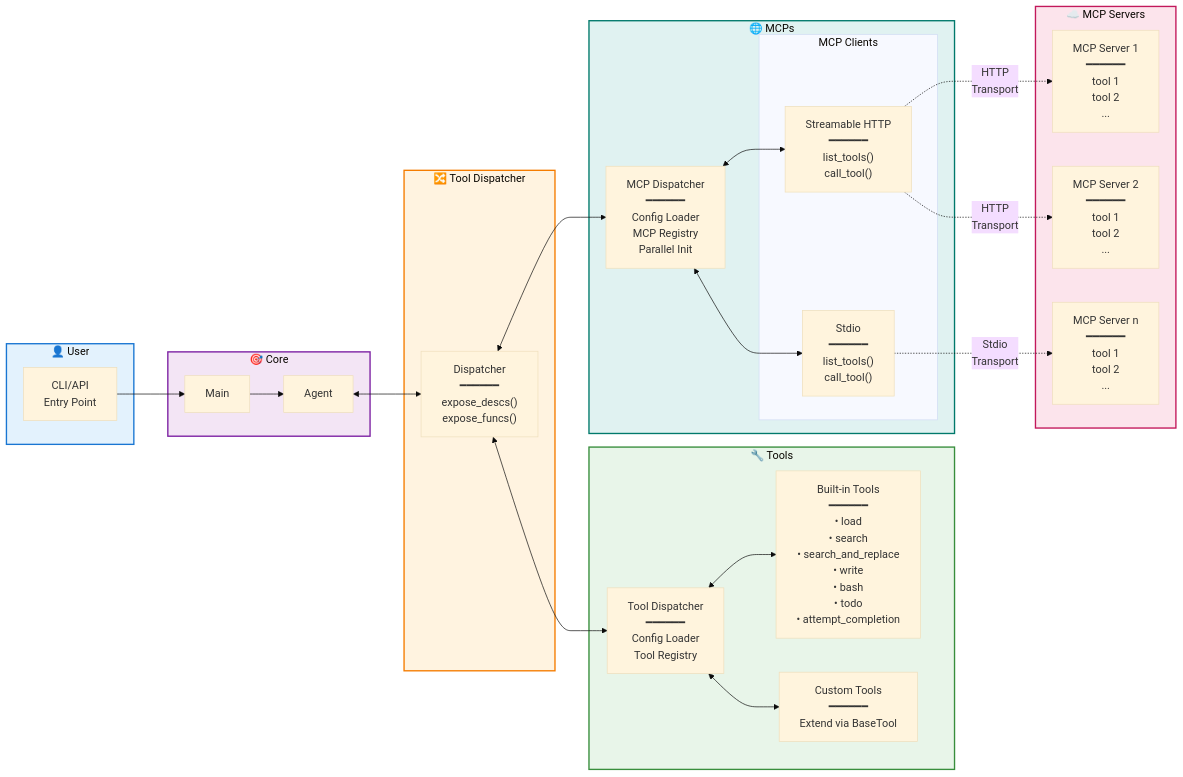
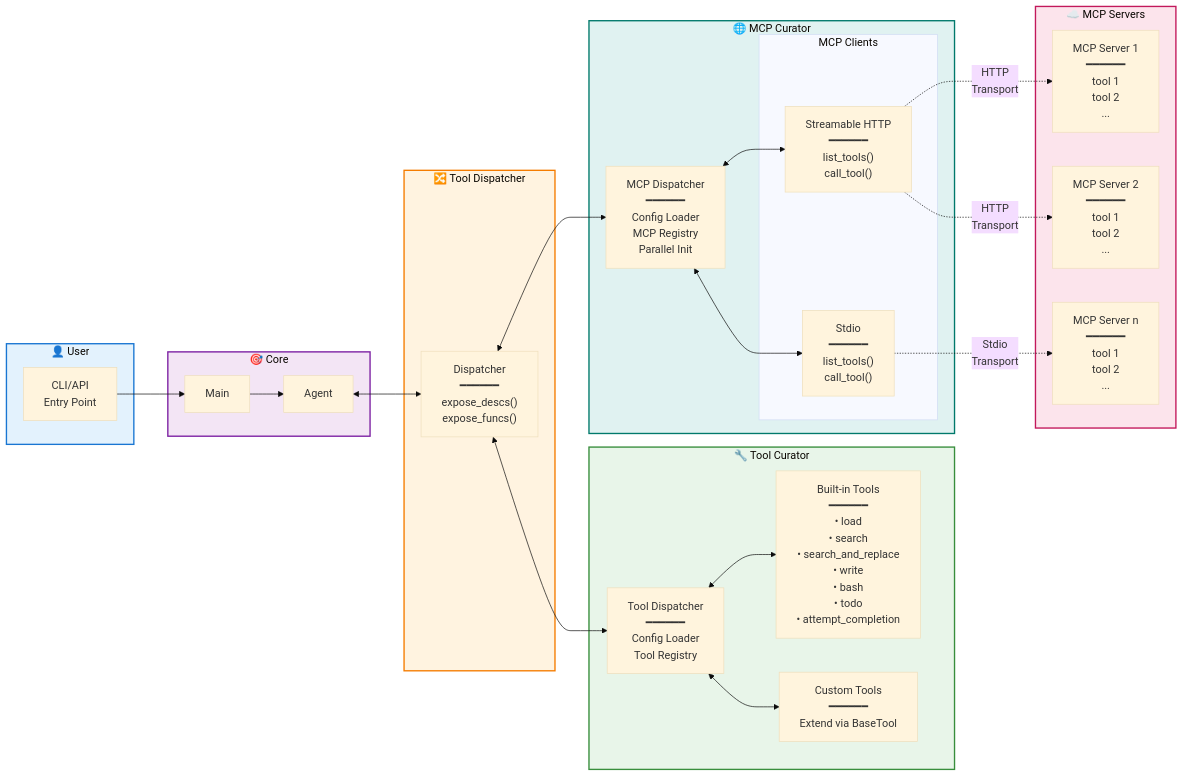
The diagram in src/drowcoder/tools/README.md (kenyo3026/drowcoder), drawn with Mermaid (base theme) before and after one commit.

Commit message:
[DOCS] Update tools README.md

````diff
--- a/src/drowcoder/tools/README.md
+++ b/src/drowcoder/tools/README.md
@@ -13,60 +13,60 @@
 ```mermaid
 flowchart LR
     subgraph User["👤 User"]
         CLI["CLI/API<br/>Entry Point"]
     end
 
     subgraph Core["🎯 Core"]
         Main["Main"]
         Agent["Agent"]
     end
 
     subgraph Dispatch["🔀 Tool Dispatcher"]
         Dispatcher["Dispatcher<br/>━━━━━━<br/>expose_descs()<br/>expose_funcs()"]
     end
 
-    subgraph ToolCurator["🔧 Tools"]
+    subgraph ToolCurator["🔧 Tool Curator"]
         ToolDispatcher["Tool Dispatcher<br/>━━━━━━<br/>Config Loader<br/>Tool Registry"]
         Tools["Built-in Tools<br/>━━━━━━<br/>• load<br/>• search<br/>• search_and_replace<br/>• write<br/>• bash<br/>• todo<br/>• attempt_completion"]
         CustomTools["Custom Tools<br/>━━━━━━<br/>Extend via BaseTool"]
     end
 
-    subgraph MCPCurator["🌐 MCPs"]
+    subgraph MCPCurator["🌐 MCP Curator"]
         MCPDispatcher["MCP Dispatcher<br/>━━━━━━<br/>Config Loader<br/>MCP Registry<br/>Parallel Init"]
 
         subgraph Clients["MCP Clients"]
             HTTP["Streamable HTTP<br/>━━━━━━<br/>list_tools()<br/>call_tool()"]
             Stdio["Stdio<br/>━━━━━━<br/>list_tools()<br/>call_tool()"]
         end
     end
 
     subgraph Servers["☁️ MCP Servers"]
         Server1["MCP Server 1<br/>━━━━━━<br/>tool 1<br/>tool 2<br/>..."]
         Server2["MCP Server 2<br/>━━━━━━<br/>tool 1<br/>tool 2<br/>..."]
         Servern["MCP Server n<br/>━━━━━━<br/>tool 1<br/>tool 2<br/>..."]
     end
 
     CLI --> Main
     Main --> Agent
     Agent <--> Dispatcher
 
     Dispatcher <--> ToolDispatcher
     Dispatcher <--> MCPDispatcher
 
     ToolDispatcher <--> Tools
     ToolDispatcher <--> CustomTools
 
     MCPDispatcher <--> HTTP
     MCPDispatcher <--> Stdio
 
     HTTP -.->|"HTTP<br/>Transport"| Server1
     HTTP -.->|"HTTP<br/>Transport"| Server2
     Stdio -.->|"Stdio<br/>Transport"| Servern
 
     style User fill:#e3f2fd,stroke:#1976d2,stroke-width:2px
     style Core fill:#f3e5f5,stroke:#7b1fa2,stroke-width:2px
     style Dispatch fill:#fff3e0,stroke:#f57c00,stroke-width:2px
     style ToolCurator fill:#e8f5e9,stroke:#388e3c,stroke-width:2px
     style MCPCurator fill:#e0f2f1,stroke:#00796b,stroke-width:2px
     style Servers fill:#fce4ec,stroke:#c2185b,stroke-width:2px
 ```
````
